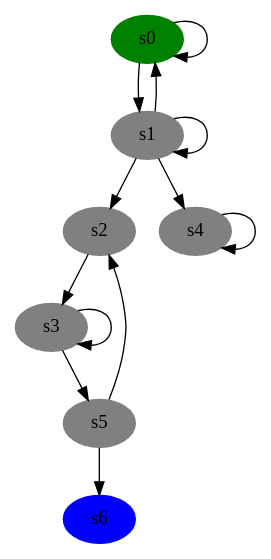
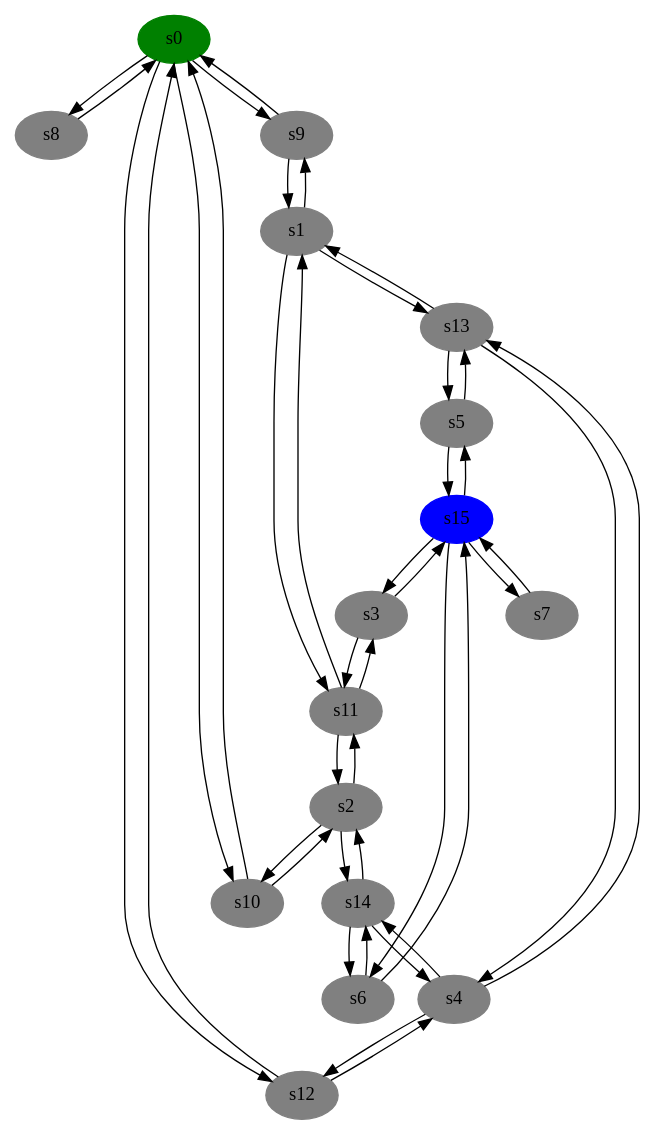
One commit to zpcore/ACOW changed the diagram in visual_output/ss.gv. Above: the diagram before and after it, drawn with Graphviz. The commit also changed 6 other files, not shown here.

```diff
--- a/visual_output/ss.gv
+++ b/visual_output/ss.gv
@@ -1,22 +1,59 @@
 // State Space Graph
 digraph {
 	s0 [color=green style=filled]
 	s1 [color=grey style=filled]
 	s2 [color=grey style=filled]
 	s3 [color=grey style=filled]
 	s4 [color=grey style=filled]
 	s5 [color=grey style=filled]
-	s6 [color=blue style=filled]
-	s0 -> s1
-	s0 -> s0
-	s1 -> s0
-	s1 -> s2
-	s1 -> s1
-	s1 -> s4
-	s2 -> s3
-	s3 -> s3
-	s3 -> s5
-	s4 -> s4
-	s5 -> s2
-	s5 -> s6
+	s6 [color=grey style=filled]
+	s7 [color=grey style=filled]
+	s8 [color=grey style=filled]
+	s9 [color=grey style=filled]
+	s10 [color=grey style=filled]
+	s11 [color=grey style=filled]
+	s12 [color=grey style=filled]
+	s13 [color=grey style=filled]
+	s14 [color=grey style=filled]
+	s15 [color=blue style=filled]
+	s0 -> s9
+	s0 -> s8
+	s0 -> s12
+	s0 -> s10
+	s1 -> s9
+	s1 -> s13
+	s1 -> s11
+	s2 -> s14
+	s2 -> s10
+	s2 -> s11
+	s3 -> s15
+	s3 -> s11
+	s4 -> s12
+	s4 -> s14
+	s4 -> s13
+	s5 -> s15
+	s5 -> s13
+	s6 -> s14
+	s6 -> s15
+	s7 -> s15
+	s8 -> s0
+	s9 -> s0
+	s9 -> s1
+	s10 -> s2
+	s10 -> s0
+	s11 -> s2
+	s11 -> s3
+	s11 -> s1
+	s12 -> s0
+	s12 -> s4
+	s13 -> s5
+	s13 -> s4
+	s13 -> s1
+	s14 -> s2
+	s14 -> s4
+	s14 -> s6
+	s15 -> s6
+	s15 -> s5
+	s15 -> s3
+	s15 -> s7
 }
```
